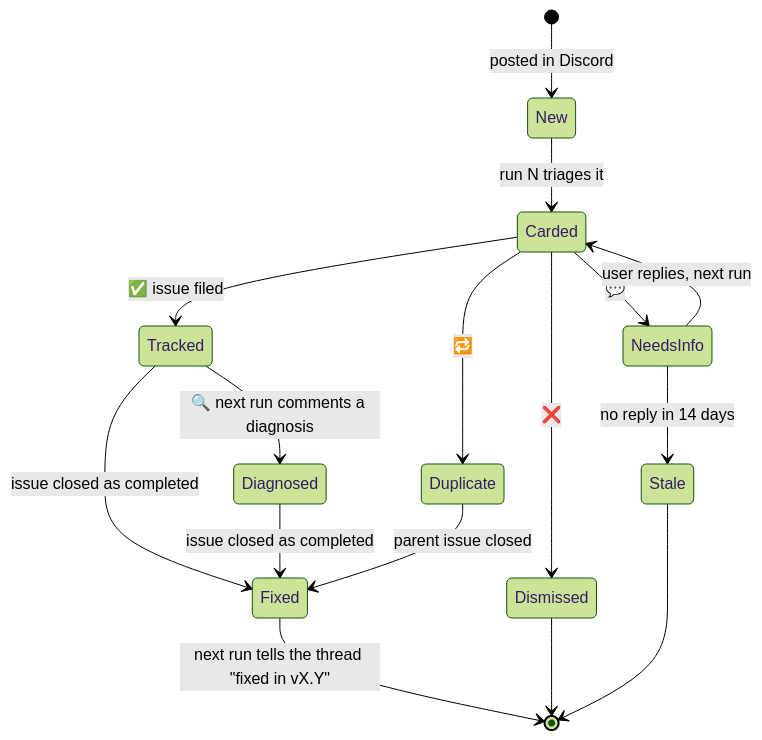
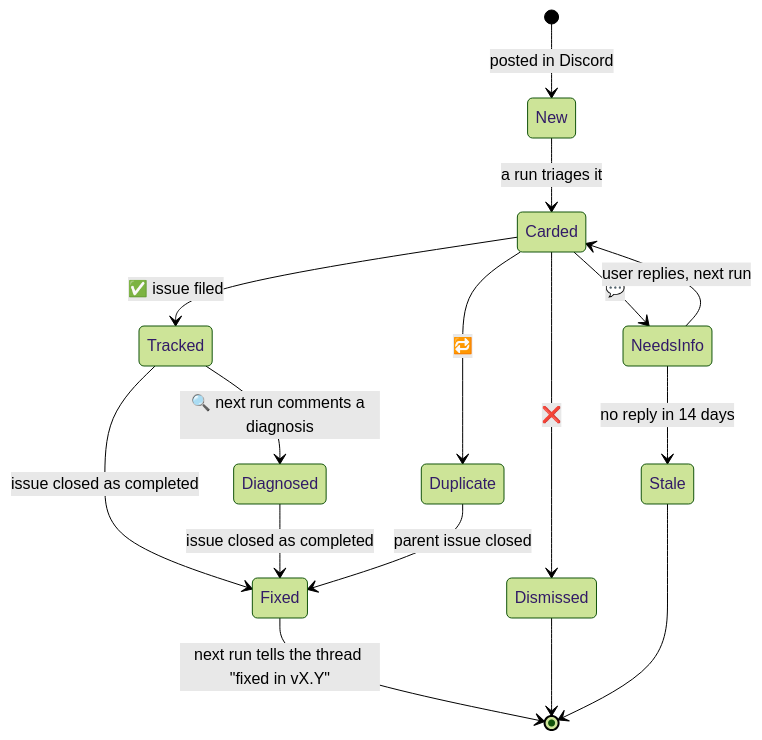
Before and after one commit to Slush97/grimoire: the seventh of 16 diagrams in docs/discord-triage.md, drawn with Mermaid (forest theme). The commit also changed other lines of this file, not shown here.

First line of the commit message:
docs(triage): simple and detailed diagrams, priority/LOE scoring, dedup, Discord commands

````diff
--- a/docs/discord-triage.md
+++ b/docs/discord-triage.md
@@ -112,18 +159,18 @@
 ```mermaid
 stateDiagram-v2
     [*] --> New: posted in Discord
-    New --> Carded: run N triages it
+    New --> Carded: a run triages it
     Carded --> NeedsInfo: 💬
     NeedsInfo --> Carded: user replies, next run
     NeedsInfo --> Stale: no reply in 14 days
     Carded --> Dismissed: ❌
     Carded --> Duplicate: 🔁
     Carded --> Tracked: ✅ issue filed
     Tracked --> Diagnosed: 🔍 next run comments a diagnosis
     Tracked --> Fixed: issue closed as completed
     Diagnosed --> Fixed: issue closed as completed
     Duplicate --> Fixed: parent issue closed
     Fixed --> [*]: next run tells the thread "fixed in vX.Y"
     Dismissed --> [*]
     Stale --> [*]
 ```
````
